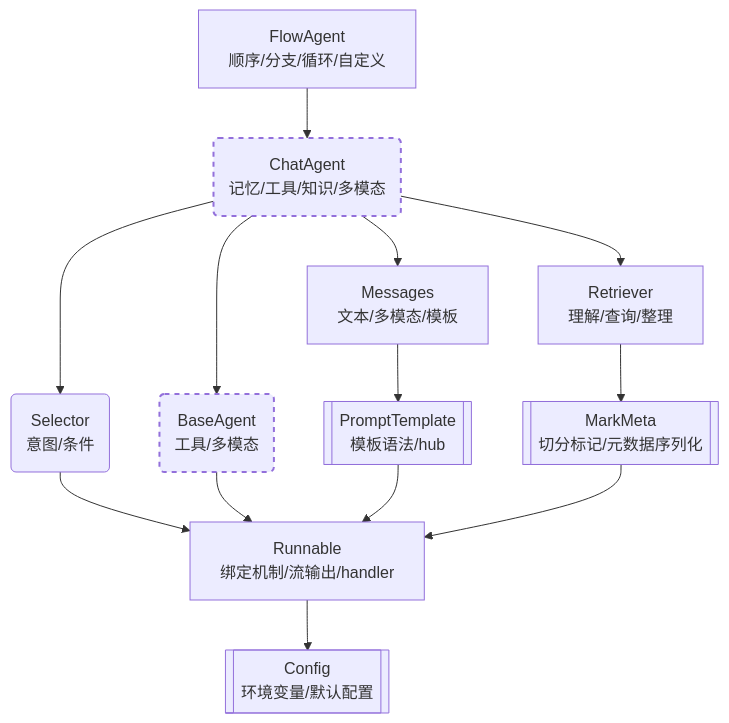
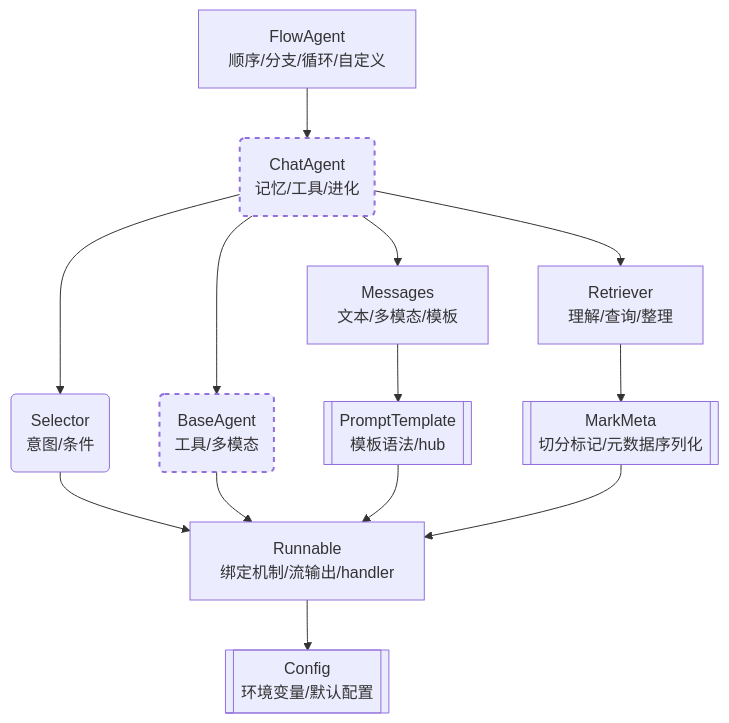
One commit to arcstep/illufly changed the diagram in README.md. Above: the diagram before and after it, drawn with Mermaid. The commit also changed other lines of this file and 19 other files, not shown here.

````diff
--- a/README.md
+++ b/README.md
@@ -128,26 +146,26 @@
 ```mermaid
 graph TD
     Config[[Config<br>环境变量/默认配置]]
     Runnable[Runnable<br>绑定机制/流输出/handler]
 
     Flow[FlowAgent<br>顺序/分支/循环/自定义]
 
-    Agent(ChatAgent<br>记忆/工具/知识/多模态)
+    Agent(ChatAgent<br>记忆/工具/进化)
     Selector(Selector<br>意图/条件)
     BaseAgent(BaseAgent<br>工具/多模态)
     Messages[Messages<br>文本/多模态/模板]
     PromptTemplate[[PromptTemplate<br>模板语法/hub]]
 
     MarkMeta[[MarkMeta<br>切分标记/元数据序列化]]
     Retriever[Retriever<br>理解/查询/整理]
 
     Flow --> Agent
     Agent --> Selector --> Runnable --> Config
     Agent --> BaseAgent --> Runnable
     Agent --> Messages -->  PromptTemplate --> Runnable
     Agent --> Retriever --> MarkMeta --> Runnable
 
     style Agent stroke-width:2px,stroke-dasharray:5 5
     style BaseAgent stroke-width:2px,stroke-dasharray:5 5
 
 ```
````
